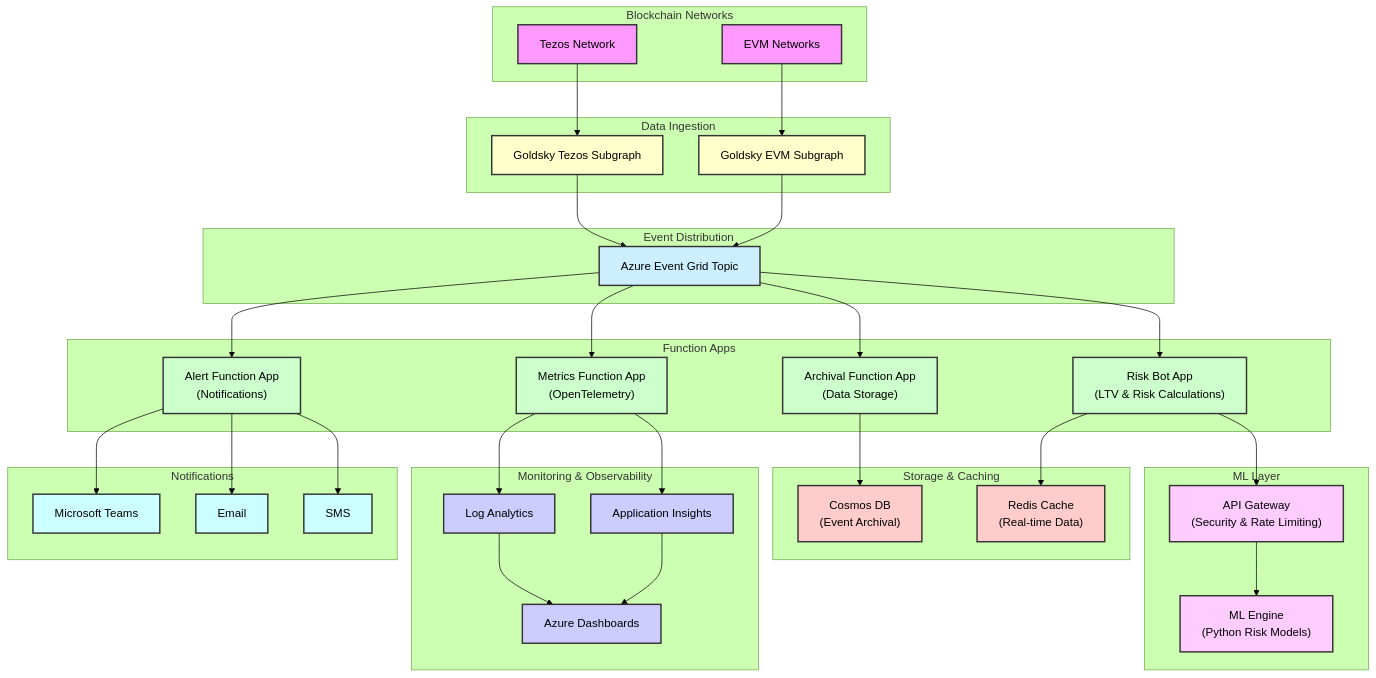
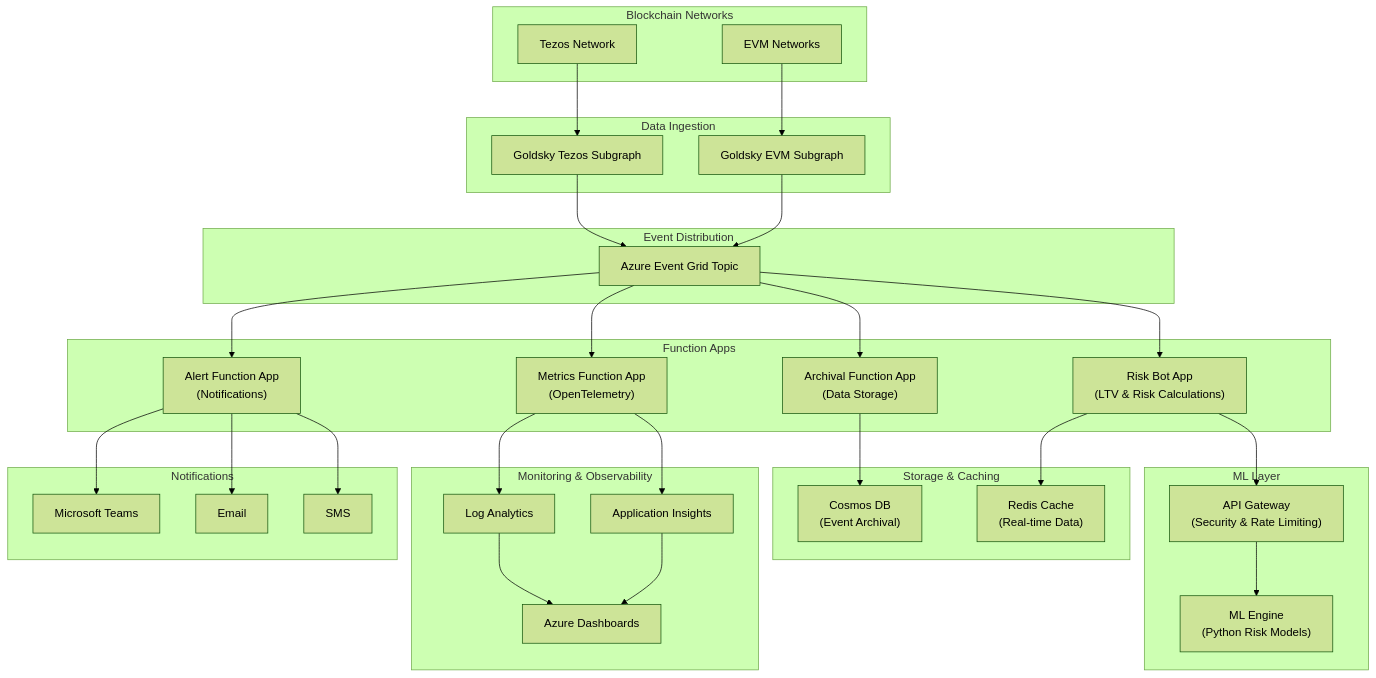
Before and after one commit to VeritasVault-ai/vv-chain-services: the diagram in README.md, drawn with Mermaid (forest theme). The commit also changed other lines of this file and 16 other files, not shown here.

````diff
--- a/README.md
+++ b/README.md
@@ -91,22 +97,4 @@
   
   LogAnalytics --> Dashboards
   AppInsights --> Dashboards
-  
-  classDef blockchain fill:#f9f,stroke:#333,stroke-width:2px
-  classDef goldsky fill:#ffc,stroke:#333,stroke-width:2px
-  classDef azure fill:#cef,stroke:#333,stroke-width:2px
-  classDef function fill:#cfc,stroke:#333,stroke-width:2px
-  classDef ml fill:#fcf,stroke:#333,stroke-width:2px
-  classDef storage fill:#fcc,stroke:#333,stroke-width:2px
-  classDef monitoring fill:#ccf,stroke:#333,stroke-width:2px
-  classDef notification fill:#cff,stroke:#333,stroke-width:2px
-  
-  class Tezos,EVM blockchain
-  class GoldskyTezos,GoldskyEVM goldsky
-  class EventGrid azure
-  class RiskBot,MetricsBot,AlertBot,ArchivalBot function
-  class APIGateway,MLEngine ml
-  class CosmosDB,Redis storage
-  class LogAnalytics,AppInsights,Dashboards monitoring
-  class Teams,Email,SMS notification
 ```
````
